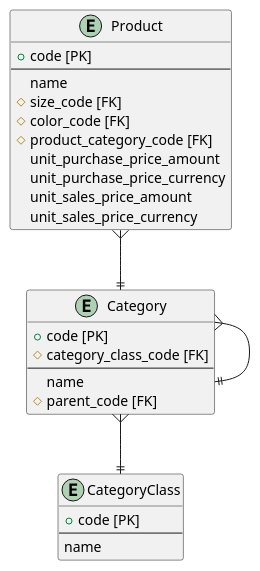
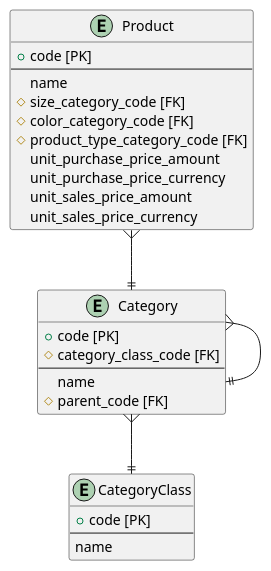
Before and after one commit to k2works/etude_for_rails: the third of 3 diagrams in docs/dev/sales_modeling/type2_product.md, drawn with PlantUML. The commit also changed other lines of this file and 8 other files, not shown here.

````diff
--- a/docs/dev/sales_modeling/type2_product.md
+++ b/docs/dev/sales_modeling/type2_product.md
@@ -67,29 +67,29 @@
 ```puml
 entity Product {
   + code [PK]
   --
   name
-  # size_code [FK]
-  # color_code [FK]
-  # product_category_code [FK]
+  # size_category_code [FK]
+  # color_category_code [FK]
+  # product_type_category_code [FK]
   unit_purchase_price_amount
   unit_purchase_price_currency
   unit_sales_price_amount
   unit_sales_price_currency  
 }
 entity Category {
   + code [PK]  
   # category_class_code [FK]    
   --
   name
   # parent_code [FK]    
 }
 entity CategoryClass {
   + code [PK]
   --
   name
 }
 Product }-do-|| Category
 Category }-do-|| Category
 Category }-do-|| CategoryClass
 ```
````
